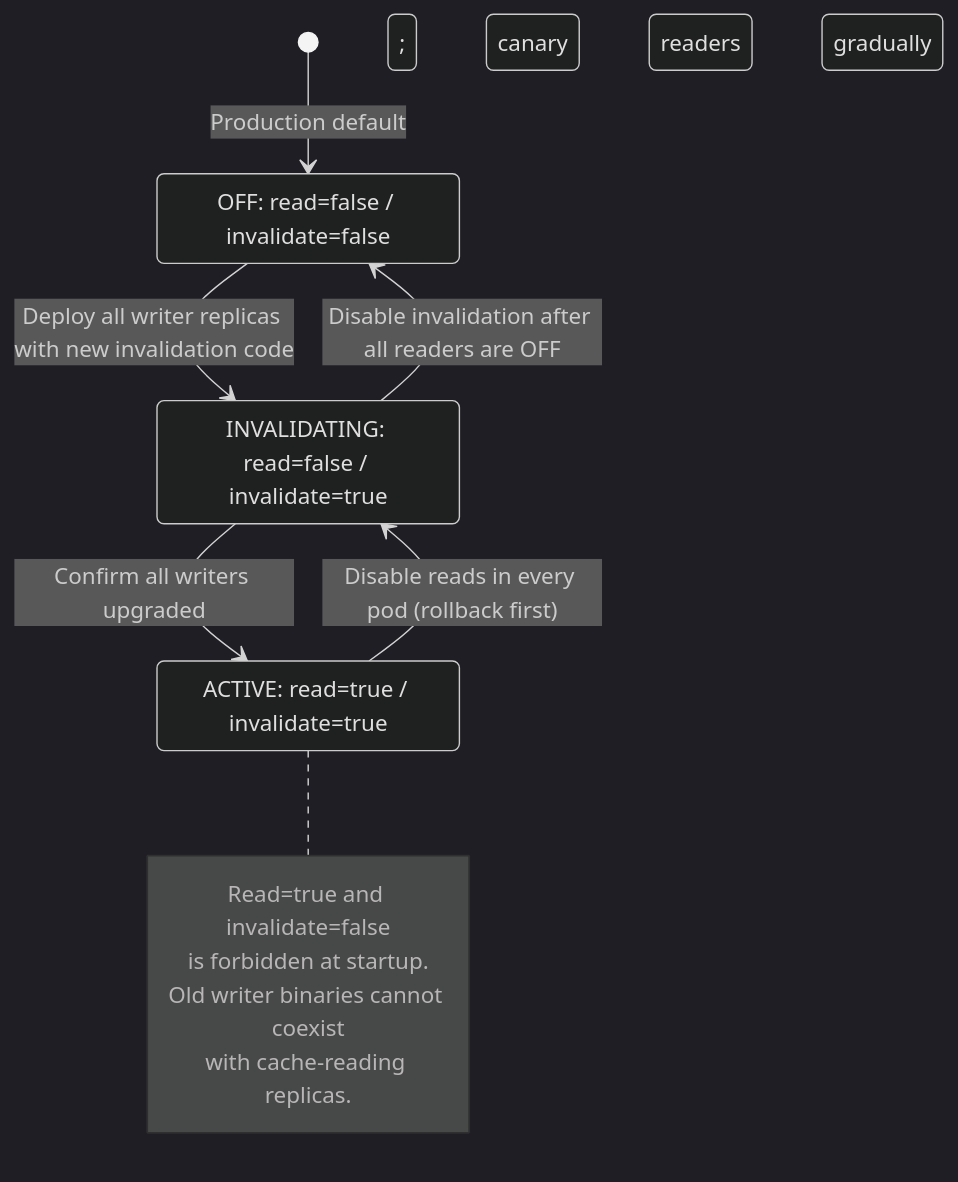
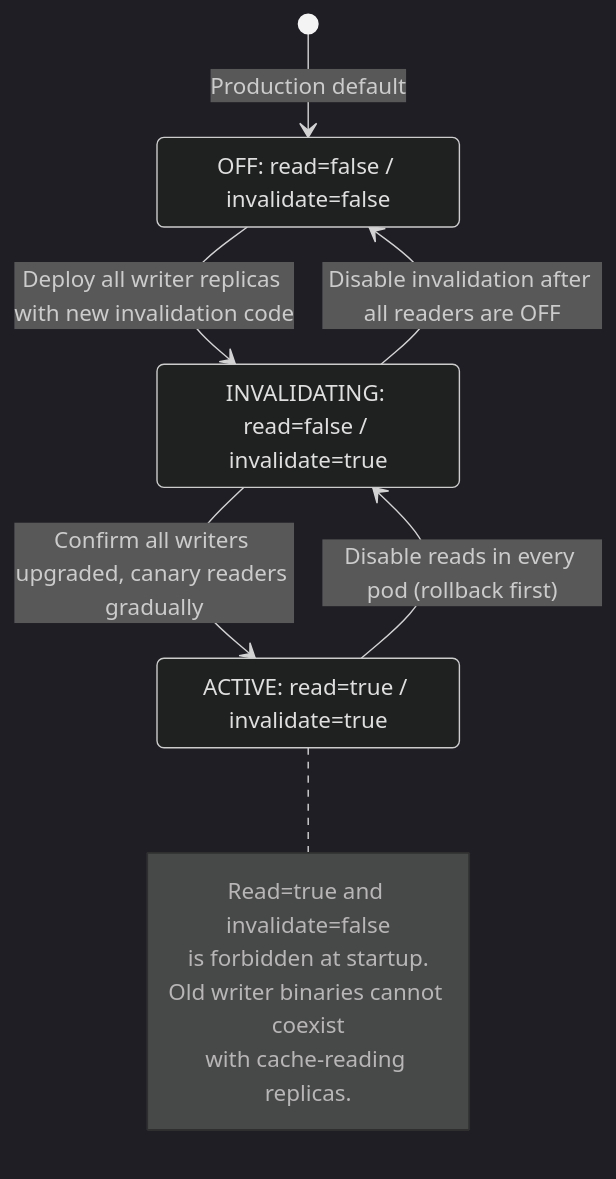
Before and after one commit to Luca5Eckert/VellumHub: the diagram in docs/architecture/states/cache-rollout.md, drawn with Mermaid (dark theme). The commit also changed 36 other files, not shown here.

First line of the commit message:
docs(architecture): document security and Kafka flows as diagrams

````diff
--- a/docs/architecture/states/cache-rollout.md
+++ b/docs/architecture/states/cache-rollout.md
@@ -15,17 +15,17 @@
 ```mermaid
 stateDiagram-v2
     [*] --> OFF: Production default
     state "OFF: read=false / invalidate=false" as OFF
     state "INVALIDATING: read=false / invalidate=true" as INVALIDATING
     state "ACTIVE: read=true / invalidate=true" as ACTIVE
     OFF --> INVALIDATING: Deploy all writer replicas with new invalidation code
-    INVALIDATING --> ACTIVE: Confirm all writers upgraded; canary readers gradually
+    INVALIDATING --> ACTIVE: Confirm all writers upgraded, canary readers gradually
     ACTIVE --> INVALIDATING: Disable reads in every pod (rollback first)
     INVALIDATING --> OFF: Disable invalidation after all readers are OFF
     note right of ACTIVE
       Read=true and invalidate=false
       is forbidden at startup.
       Old writer binaries cannot coexist
       with cache-reading replicas.
     end note
 ```
````
